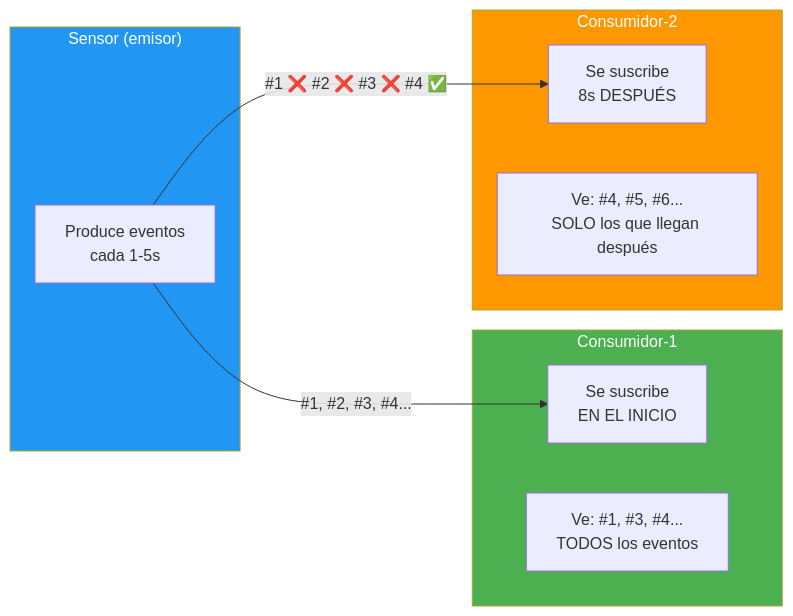
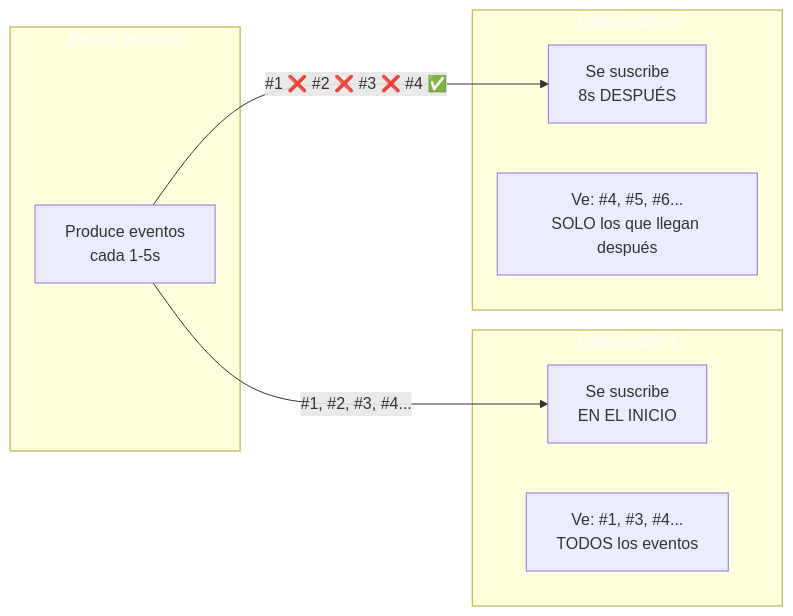
Before and after one commit to joseluisgs/DesarrolloWebEntornosServidor-01-2026-2027: the diagram in soluciones/14-ReactividadRxNet/README.md, drawn with Mermaid. The commit also changed 66 other files, not shown here.

First line of the commit message:
fix: normalizar titulos al castellano de frase y corregir la paleta de mermaid

````diff
--- a/soluciones/14-ReactividadRxNet/README.md
+++ b/soluciones/14-ReactividadRxNet/README.md
@@ -24,23 +24,23 @@
 ```mermaid
 flowchart LR
     subgraph SENSOR["Sensor (emisor)"]
         S["Produce eventos<br/>cada 1-5s"]
     end
 
     subgraph C1["Consumidor-1"]
         C1S["Se suscribe<br/>EN EL INICIO"]
         C1R["Ve: #1, #3, #4...<br/>TODOS los eventos"]
     end
 
     subgraph C2["Consumidor-2"]
         C2S["Se suscribe<br/>8s DESPUÉS"]
         C2R["Ve: #4, #5, #6...<br/>SOLO los que llegan después"]
     end
 
     S -->|"#1, #2, #3, #4..."| C1S
     S -->|"#1 ❌ #2 ❌ #3 ❌ #4 ✅"| C2S
 
-    style SENSOR fill:#2196F3,color:#fff
-    style C1 fill:#4CAF50,color:#fff
-    style C2 fill:#FF9800,color:#fff
+    style SENSOR fill:#2196F,color:#fff3,color:#fff
+    style C1 fill:#4CAF5,color:#fff0,color:#fff
+    style C2 fill:#FF980,color:#fff0,color:#fff
 ```
````
